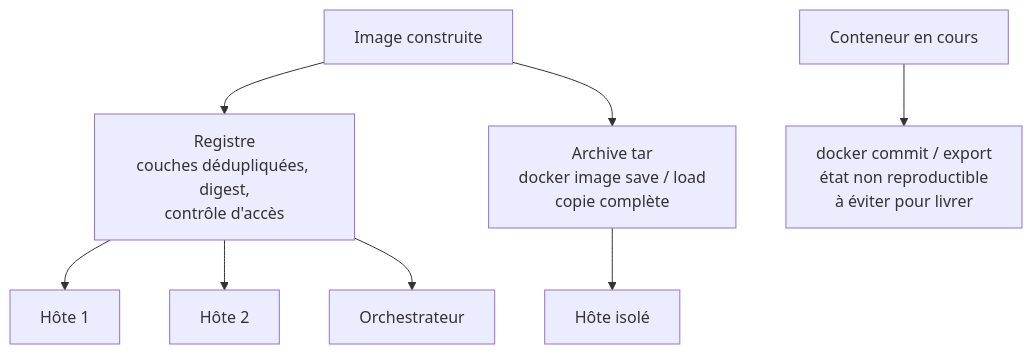
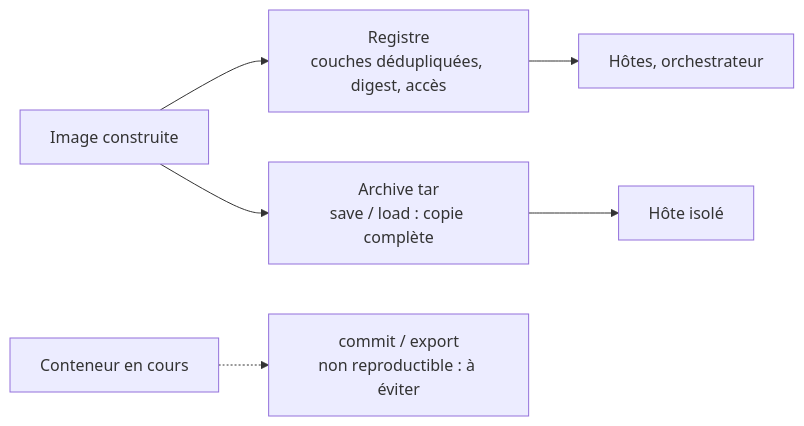
The diagram in docs/Versionner-et-publier-une-image.md (astronas/Ynov---Containerization-Orchestration), drawn with Mermaid before and after one commit. The commit also changed other lines of this file and 160 other files, not shown here.

First line of the commit message:
Refonte visuelle : charte des rendus de TP, illustrations et captures réelles

````diff
--- a/docs/Versionner-et-publier-une-image.md
+++ b/docs/Versionner-et-publier-une-image.md
@@ -297,10 +116,8 @@
 ```mermaid
-flowchart TB
-    I["Image construite"] --> R["Registre<br/>couches dédupliquées, digest,<br/>contrôle d'accès"]
-    I --> A["Archive tar<br/>docker image save / load<br/>copie complète"]
-    K["Conteneur en cours"] --> X["docker commit / export<br/>état non reproductible<br/>à éviter pour livrer"]
-    R --> H1["Hôte 1"]
-    R --> H2["Hôte 2"]
-    R --> O["Orchestrateur"]
-    A --> H3["Hôte isolé"]
+flowchart LR
+    I["Image construite"] --> R["Registre<br/>couches dédupliquées, digest, accès"]
+    I --> A["Archive tar<br/>save / load : copie complète"]
+    K["Conteneur en cours"] -.-> X["commit / export<br/>non reproductible : à éviter"]
+    R --> H["Hôtes, orchestrateur"]
+    A --> S["Hôte isolé"]
 ```
````
